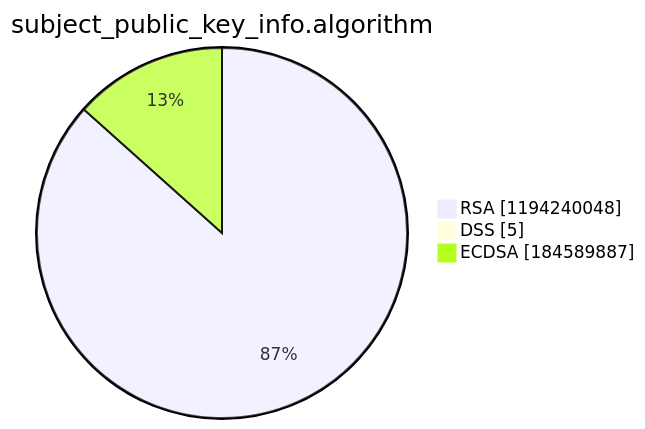
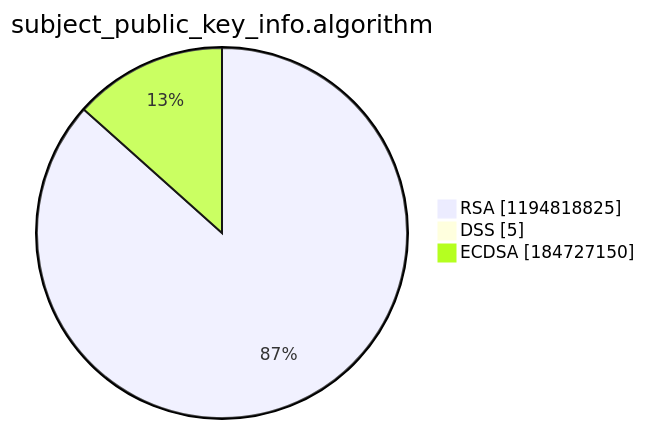
Before and after one commit to christiankrug/ctmonitor_visualization: the third of 15 diagrams in argon2022/README.md, drawn with Mermaid. The commit also changed other lines of this file, not shown here.

````diff
--- a/argon2022/README.md
+++ b/argon2022/README.md
@@ -14,7 +14,7 @@
 ```mermaid
 pie showData
 title subject_public_key_info.algorithm
-"RSA" :1194240048
+"RSA" :1194818825
 "DSS" :5
-"ECDSA" :184589887
+"ECDSA" :184727150
 ```
````
